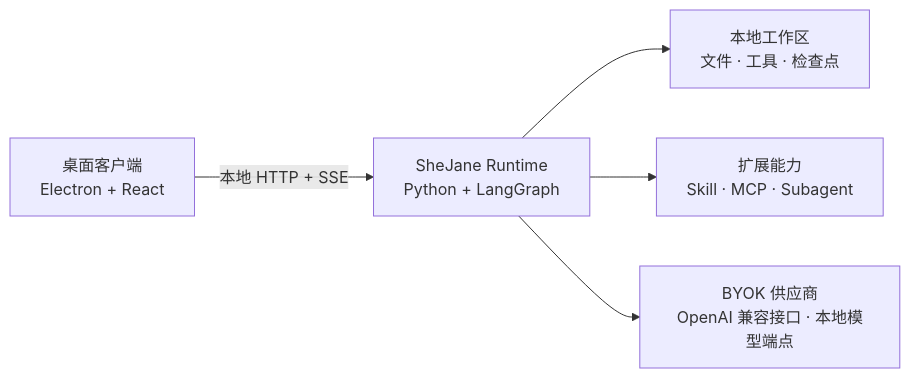
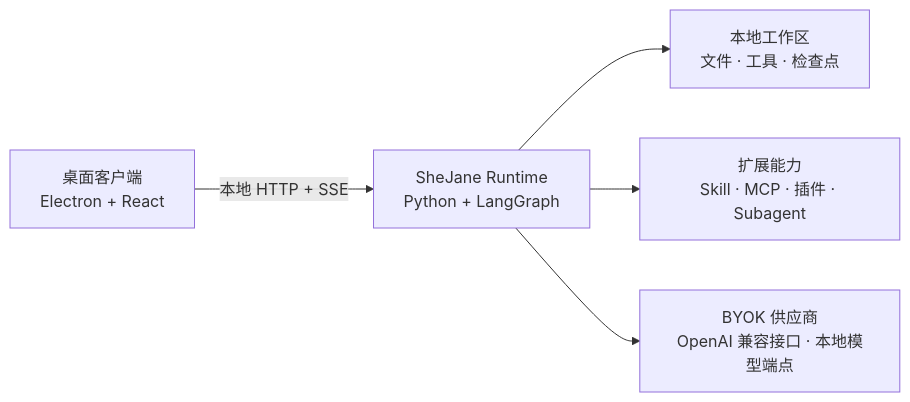
Before and after one commit to jimmyrogue/SheJane: the diagram in README.zh-CN.md, drawn with Mermaid. The commit also changed other lines of this file and 390 other files, not shown here.

````diff
--- a/README.zh-CN.md
+++ b/README.zh-CN.md
@@ -25,7 +25,7 @@
 ```mermaid
 flowchart LR
     D["桌面客户端<br/>Electron + React"] -->|"本地 HTTP + SSE"| R["SheJane Runtime<br/>Python + LangGraph"]
     R --> W["本地工作区<br/>文件 · 工具 · 检查点"]
-    R --> E["扩展能力<br/>Skill · MCP · Subagent"]
+    R --> E["扩展能力<br/>Skill · MCP · 插件 · Subagent"]
     R --> B["BYOK 供应商<br/>OpenAI 兼容接口 · 本地模型端点"]
 ```
````
